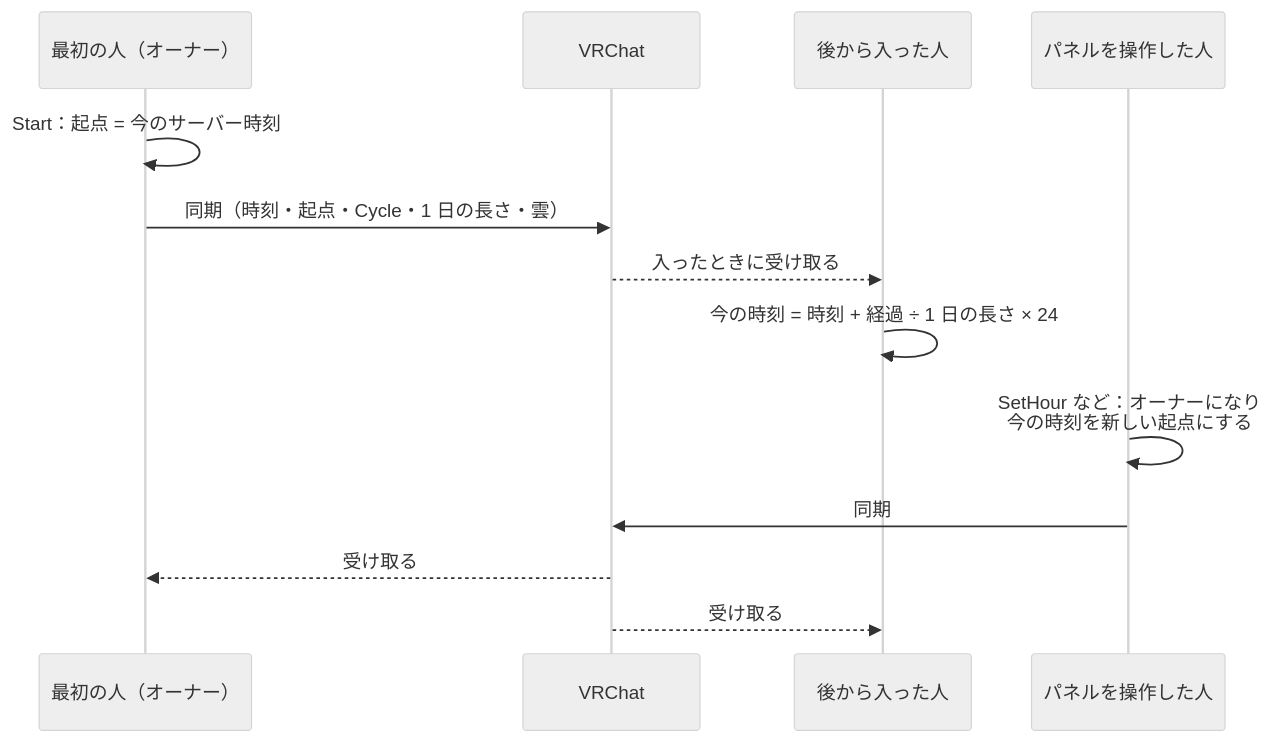
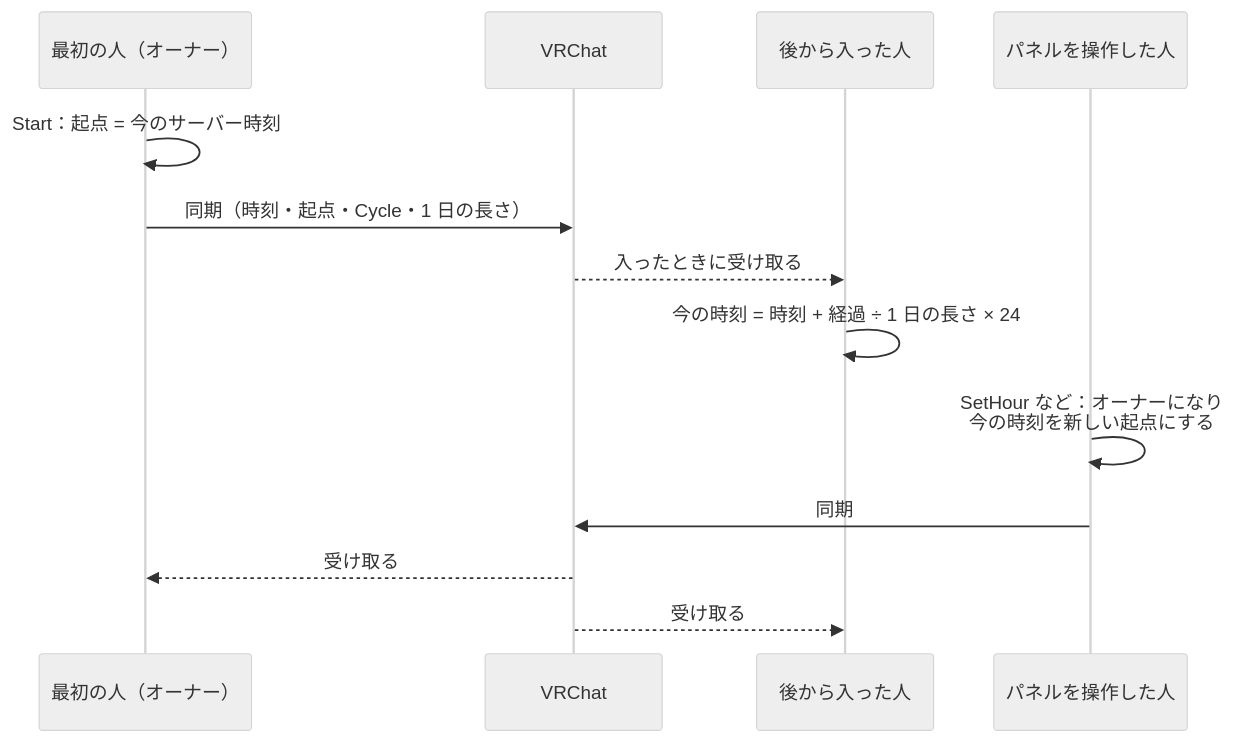
The tenth of 11 diagrams in docs/technical.md (bmbb93/clearwater-vrc), drawn with Mermaid (neutral theme) before and after one commit. The commit also changed other lines of this file and 15 other files, not shown here.

````diff
--- a/docs/technical.md
+++ b/docs/technical.md
@@ -518,15 +518,15 @@
 ```mermaid
 sequenceDiagram
   participant O as 最初の人（オーナー）
   participant V as VRChat
   participant J as 後から入った人
   participant P as パネルを操作した人
   O->>O: Start：起点 = 今のサーバー時刻
-  O->>V: 同期（時刻・起点・Cycle・1 日の長さ・雲）
+  O->>V: 同期（時刻・起点・Cycle・1 日の長さ）
   V-->>J: 入ったときに受け取る
   J->>J: 今の時刻 = 時刻 + 経過 ÷ 1 日の長さ × 24
   P->>P: SetHour など：オーナーになり<br/>今の時刻を新しい起点にする
   P->>V: 同期
   V-->>O: 受け取る
   V-->>J: 受け取る
 ```
````
